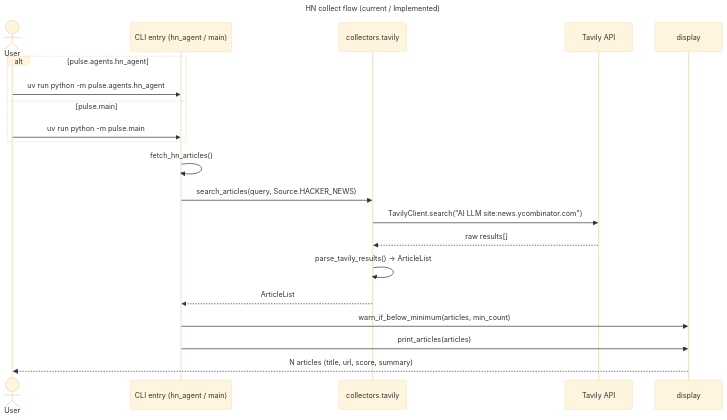
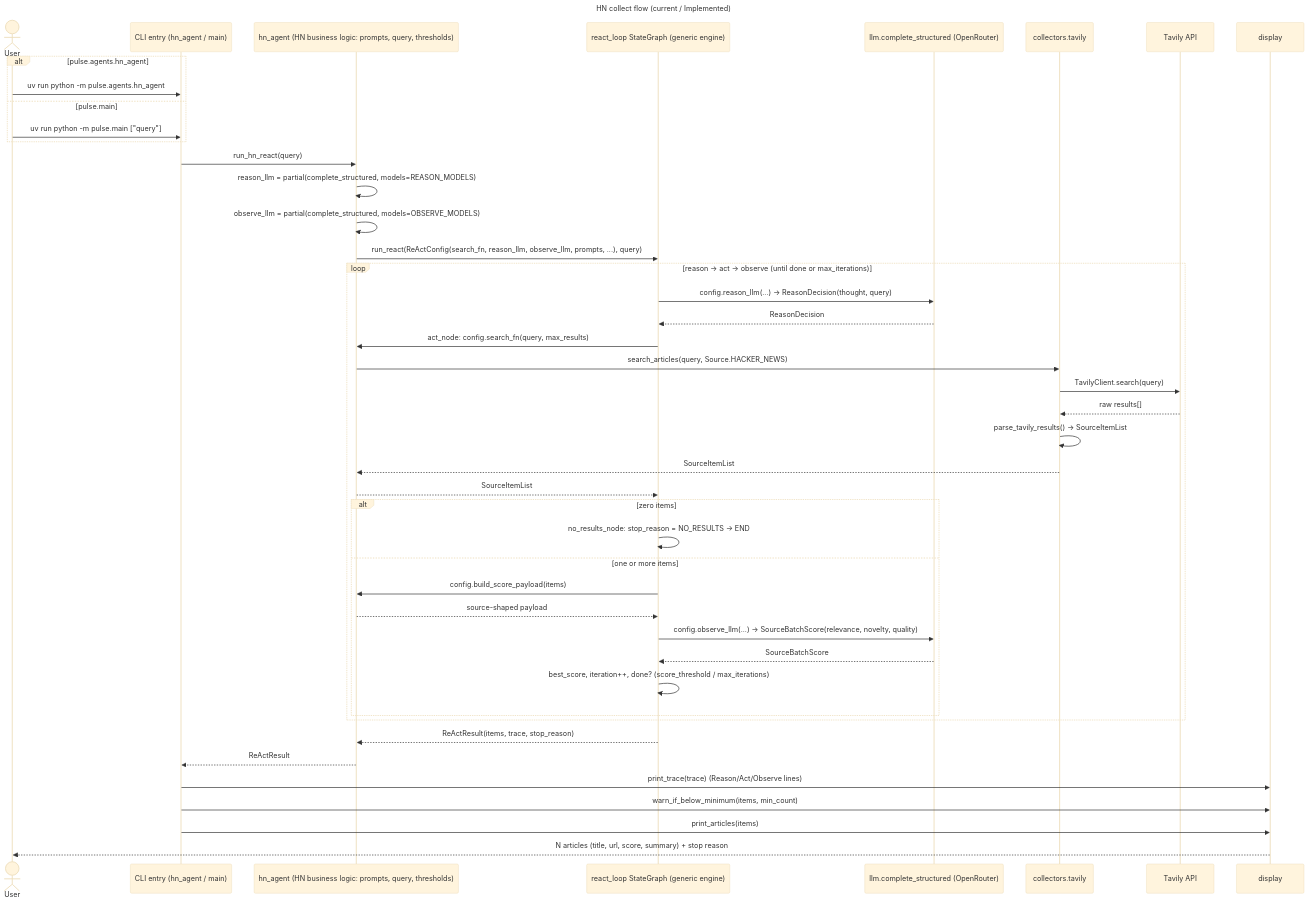
The diagram in docs/architecture/flows/hn-collect.mmd (VladislavLobakh/pulse), drawn with Mermaid (base theme) before and after one commit. The commit also changed 27 other files, not shown here.

First line of the commit message:
Add HN ReAct loop with generic engine and per-step OpenRouter model chains

```diff
--- a/docs/architecture/flows/hn-collect.mmd
+++ b/docs/architecture/flows/hn-collect.mmd
@@ -1,24 +1,50 @@
 ---
 title: "HN collect flow (current / Implemented)"
 ---
 sequenceDiagram
     actor User
     participant CLI as CLI entry (hn_agent / main)
+    participant HN as hn_agent (HN business logic: prompts, query, thresholds)
+    participant Graph as react_loop StateGraph (generic engine)
+    participant LLM as llm.complete_structured (OpenRouter)
     participant Col as collectors.tavily
     participant API as Tavily API
     participant Disp as display
 
     alt pulse.agents.hn_agent
         User->>CLI: uv run python -m pulse.agents.hn_agent
     else pulse.main
-        User->>CLI: uv run python -m pulse.main
+        User->>CLI: uv run python -m pulse.main ["query"]
     end
-    CLI->>CLI: fetch_hn_articles()
-    CLI->>Col: search_articles(query, Source.HACKER_NEWS)
-    Col->>API: TavilyClient.search("AI LLM site:news.ycombinator.com")
-    API-->>Col: raw results[]
-    Col->>Col: parse_tavily_results() → ArticleList
-    Col-->>CLI: ArticleList
-    CLI->>Disp: warn_if_below_minimum(articles, min_count)
-    CLI->>Disp: print_articles(articles)
-    Disp-->>User: N articles (title, url, score, summary)
+    CLI->>HN: run_hn_react(query)
+    HN->>HN: reason_llm = partial(complete_structured, models=REASON_MODELS)
+    HN->>HN: observe_llm = partial(complete_structured, models=OBSERVE_MODELS)
+    HN->>Graph: run_react(ReActConfig(search_fn, reason_llm, observe_llm, prompts, ...), query)
+
+    loop reason -> act -> observe (until done or max_iterations)
+        Graph->>LLM: config.reason_llm(...) -> ReasonDecision(thought, query)
+        LLM-->>Graph: ReasonDecision
+        Graph->>HN: act_node: config.search_fn(query, max_results)
+        HN->>Col: search_articles(query, Source.HACKER_NEWS)
+        Col->>API: TavilyClient.search(query)
+        API-->>Col: raw results[]
+        Col->>Col: parse_tavily_results() -> SourceItemList
+        Col-->>HN: SourceItemList
+        HN-->>Graph: SourceItemList
+        alt zero items
+            Graph->>Graph: no_results_node: stop_reason = NO_RESULTS -> END
+        else one or more items
+            Graph->>HN: config.build_score_payload(items)
+            HN-->>Graph: source-shaped payload
+            Graph->>LLM: config.observe_llm(...) -> SourceBatchScore(relevance, novelty, quality)
+            LLM-->>Graph: SourceBatchScore
+            Graph->>Graph: best_score, iteration++, done? (score_threshold / max_iterations)
+        end
+    end
+
+    Graph-->>HN: ReActResult(items, trace, stop_reason)
+    HN-->>CLI: ReActResult
+    CLI->>Disp: print_trace(trace) (Reason/Act/Observe lines)
+    CLI->>Disp: warn_if_below_minimum(items, min_count)
+    CLI->>Disp: print_articles(items)
+    Disp-->>User: N articles (title, url, score, summary) + stop reason
```
